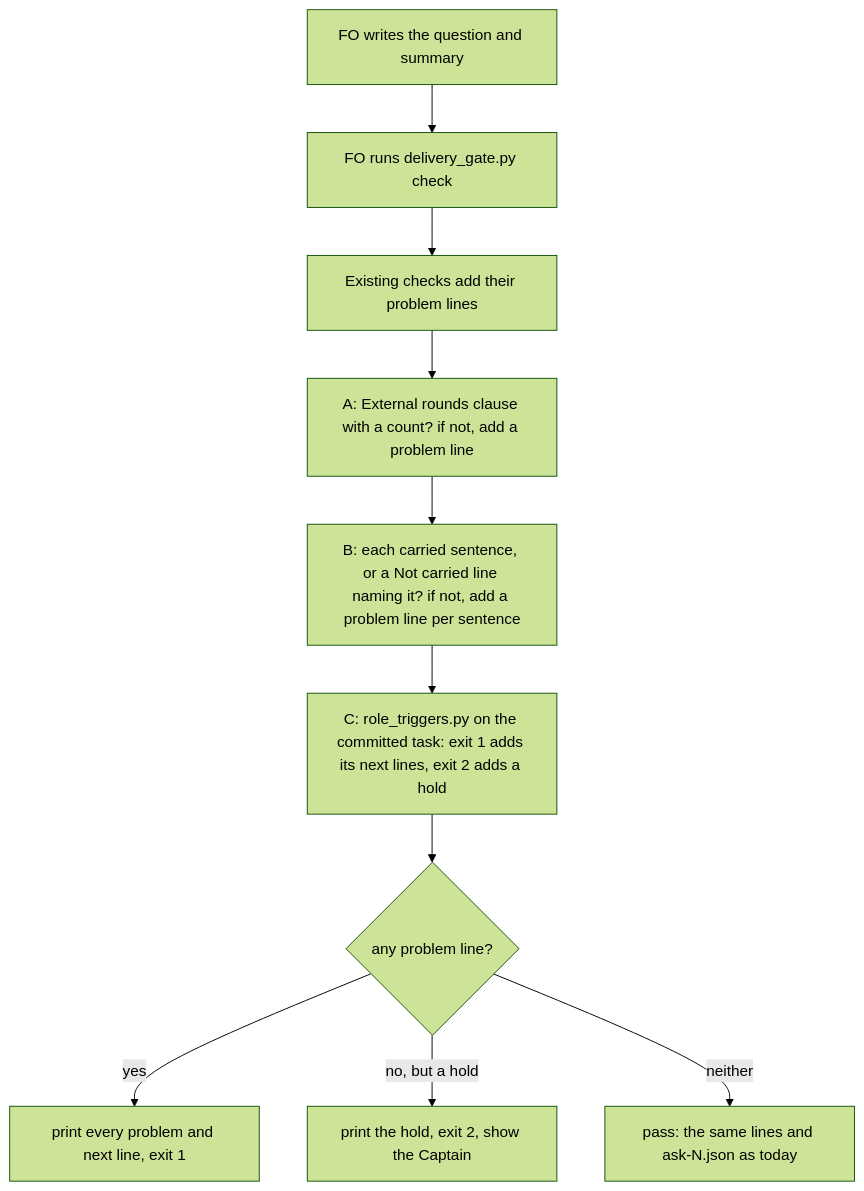
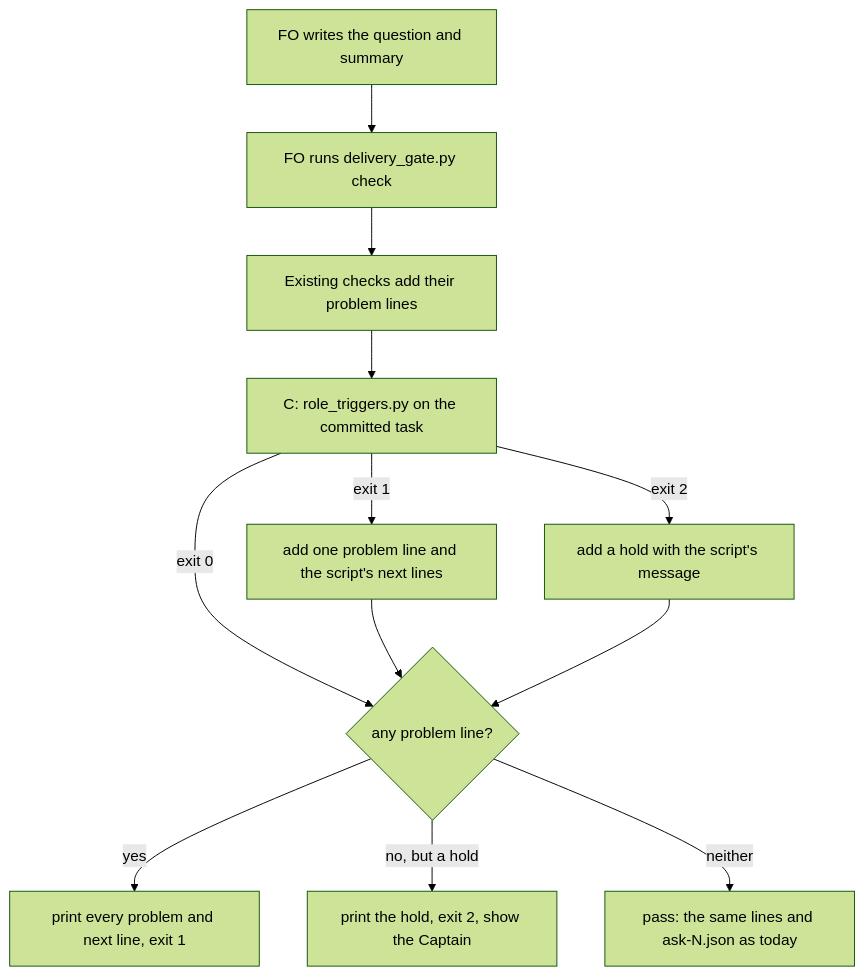
One commit to iamcxa/kc-claude-plugins changed the diagram in merge-ask-holds-missing-clauses.md. Above: the diagram before and after it, drawn with Mermaid (forest theme). The commit also changed other lines of this file, not shown here.

Commit message:
ideation(merge-ask-holds-missing-clauses): narrow the design to hold C per the Captain's revise

````diff
--- a/merge-ask-holds-missing-clauses.md
+++ b/merge-ask-holds-missing-clauses.md
@@ -103,12 +100,14 @@
 ```mermaid
 flowchart TD
   F[FO writes the question and summary] --> R[FO runs delivery_gate.py check]
   R --> E[Existing checks add their problem lines]
-  E --> A[A: External rounds clause with a count? if not, add a problem line]
-  A --> B[B: each carried sentence, or a Not carried line naming it? if not, add a problem line per sentence]
-  B --> C[C: role_triggers.py on the committed task: exit 1 adds its next lines, exit 2 adds a hold]
-  C --> Q{any problem line?}
+  E --> C[C: role_triggers.py on the committed task]
+  C -->|exit 1| P[add one problem line and the script's next lines]
+  C -->|exit 2| H[add a hold with the script's message]
+  C -->|exit 0| Q{any problem line?}
+  P --> Q
+  H --> Q
   Q -- yes --> X1[print every problem and next line, exit 1]
   Q -- no, but a hold --> X2[print the hold, exit 2, show the Captain]
   Q -- neither --> OK[pass: the same lines and ask-N.json as today]
 ```
````
